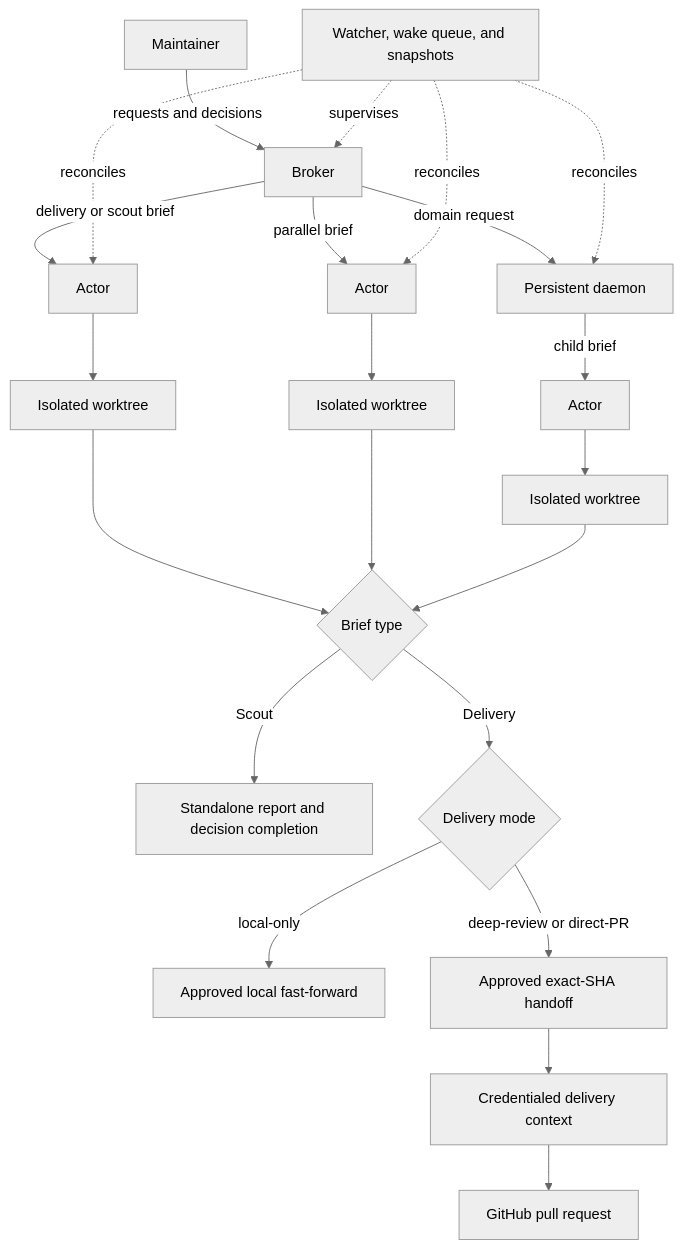
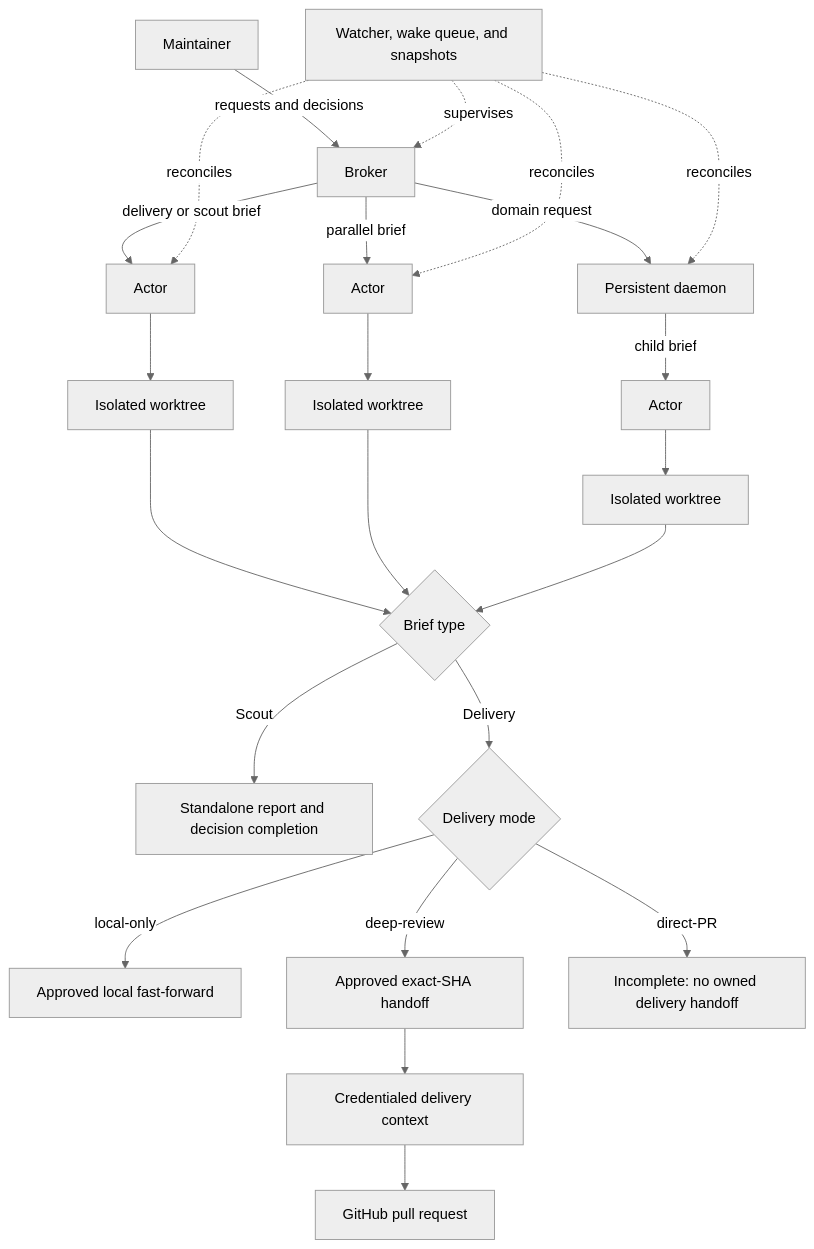
One commit to KashyapTan/Multplx changed the diagram in README.md. Above: the diagram before and after it, drawn with Mermaid (neutral theme). The commit also changed 1 other file, not shown here.

Commit message:
fix: deep-review review round 4

````diff
--- a/README.md
+++ b/README.md
@@ -91,24 +91,25 @@
 ```mermaid
 flowchart TB
     M[Maintainer] -->|requests and decisions| B[Broker]
     B -->|delivery or scout brief| A1[Actor]
     B -->|parallel brief| A2[Actor]
     B -->|domain request| D[Persistent daemon]
     D -->|child brief| A3[Actor]
     A1 --> W1[Isolated worktree]
     A2 --> W2[Isolated worktree]
     A3 --> W3[Isolated worktree]
     S[Watcher, wake queue, and snapshots] -. supervises .-> B
     S -. reconciles .-> A1
     S -. reconciles .-> A2
     S -. reconciles .-> D
     W1 --> T{Brief type}
     W2 --> T
     W3 --> T
     T -->|Scout| Q[Standalone report and decision completion]
     T -->|Delivery| L{Delivery mode}
     L -->|local-only| F[Approved local fast-forward]
-    L -->|deep-review or direct-PR| G[Approved exact-SHA handoff]
+    L -->|deep-review| G[Approved exact-SHA handoff]
+    L -->|direct-PR| I[Incomplete: no owned delivery handoff]
     G --> X[Credentialed delivery context]
     X --> R[GitHub pull request]
 ```
````
